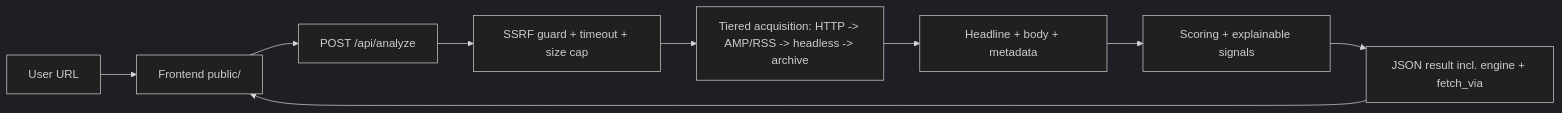
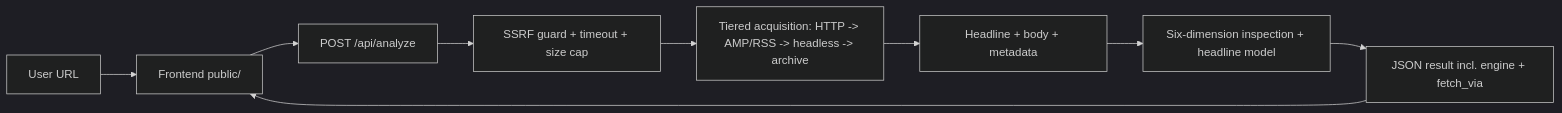
The diagram in README.md (slenderongithub/BaitBlock), drawn with Mermaid (dark theme) before and after one commit. The commit also changed other lines of this file and 39 other files, not shown here.

````diff
--- a/README.md
+++ b/README.md
@@ -94,11 +144,11 @@
 ```mermaid
 flowchart LR
    U[User URL] --> FE[Frontend public/]
    FE --> API[POST /api/analyze]
    API --> SSRF[SSRF guard + timeout + size cap]
    SSRF --> ACQ[Tiered acquisition: HTTP -> AMP/RSS -> headless -> archive]
    ACQ --> EXTRACT[Headline + body + metadata]
-   EXTRACT --> SCORE[Scoring + explainable signals]
+   EXTRACT --> SCORE[Six-dimension inspection + headline model]
    SCORE --> RES[JSON result incl. engine + fetch_via]
    RES --> FE
 ```
````
